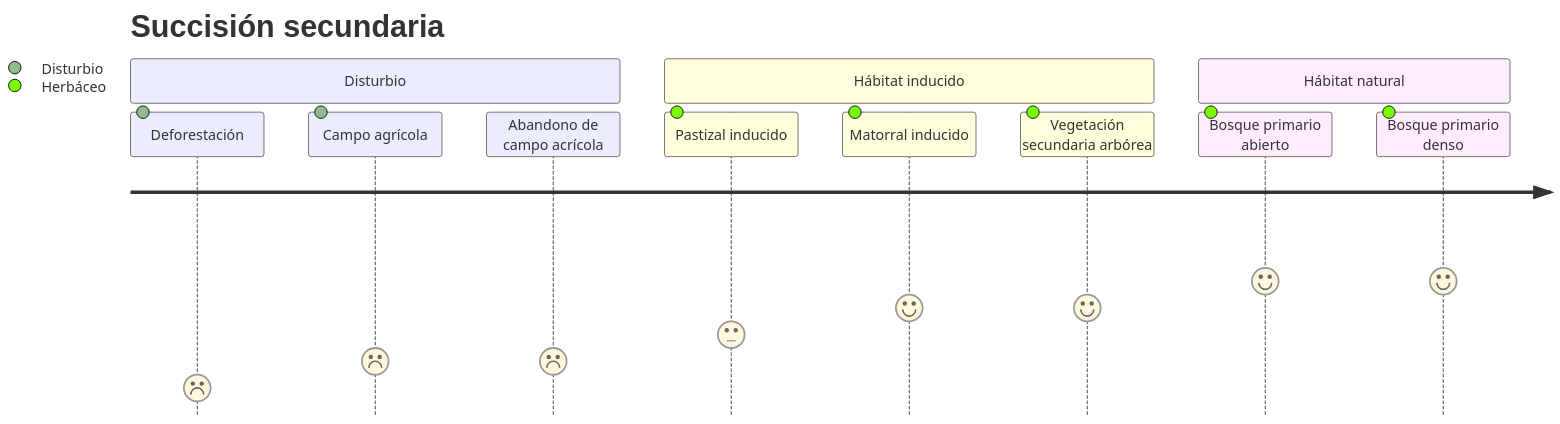
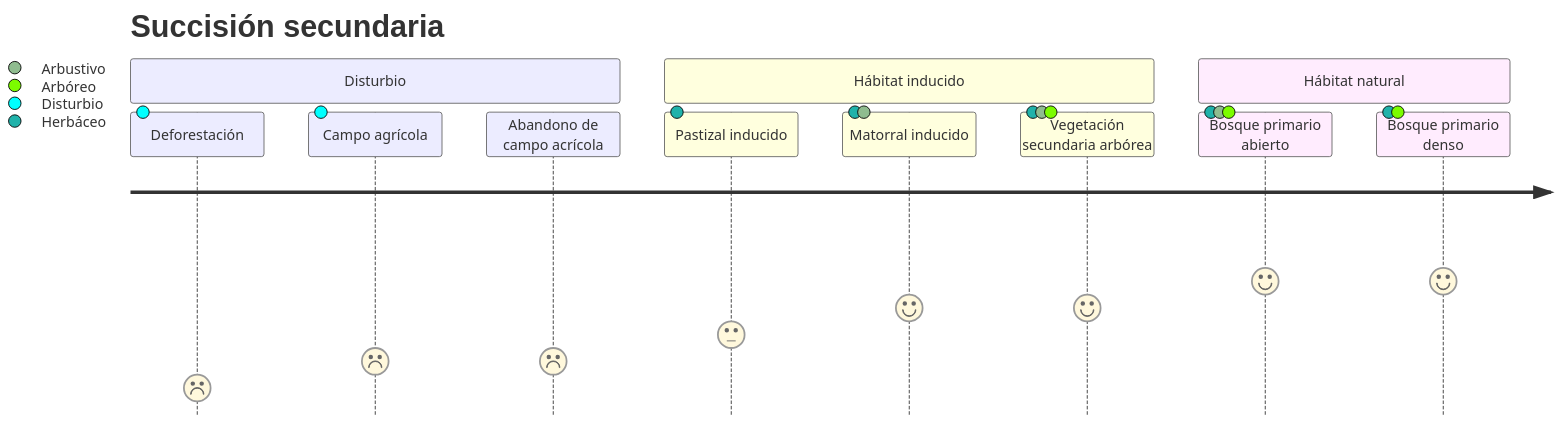
Before and after one commit to vshalisko/mixed_GIS_related_scripts: the diagram in LULC/Tapalpa_succesion.mermaid, drawn with Mermaid.

```diff
--- a/LULC/Tapalpa_succesion.mermaid
+++ b/LULC/Tapalpa_succesion.mermaid
@@ -1,13 +1,13 @@
 journey
     title Succisión secundaria
     section Disturbio
       Deforestación: 1: Disturbio
       Campo agrícola: 2: Disturbio
       Abandono de campo acrícola: 2
     section Hábitat inducido
       Pastizal inducido: 3: Herbáceo
-      Matorral inducido: 4: Herbáceo: Arbustivo
-      Vegetación secundaria arbórea: 4: Herbáceo: Arbustivo: Arboreo
+      Matorral inducido: 4: Herbáceo, Arbustivo
+      Vegetación secundaria arbórea: 4: Herbáceo, Arbustivo, Arbóreo
     section Hábitat natural
-      Bosque primario abierto: 5:  Herbáceo: Arbustivo: Arboreo
-      Bosque primario denso: 5: Herbáceo: Arboreo
+      Bosque primario abierto: 5:  Herbáceo, Arbustivo, Arbóreo
+      Bosque primario denso: 5: Herbáceo, Arbóreo
```
